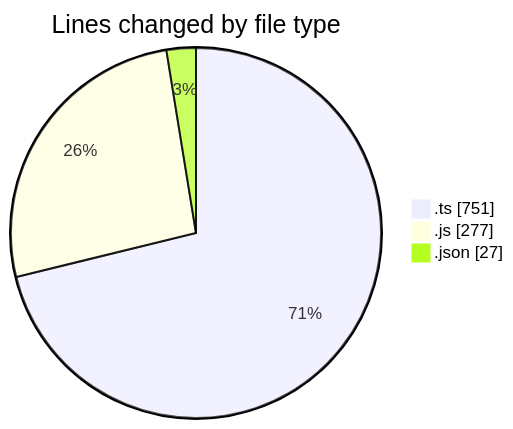
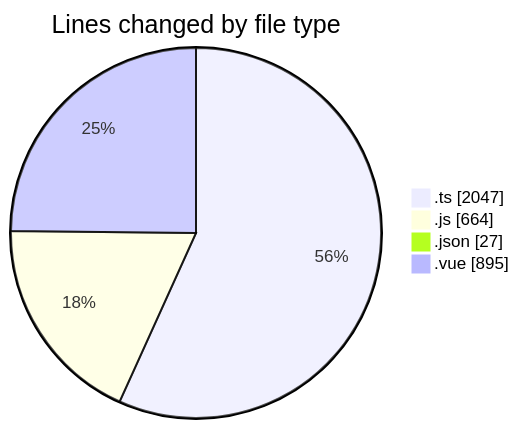
One commit to lephambinh05/code-tracking changed the first of 2 diagrams in 2025-08-15/rentotp/README.md. Above: the diagram before and after it, drawn with Mermaid. The commit also changed other lines of this file and 1 other file, not shown here.

````diff
--- a/2025-08-15/rentotp/README.md
+++ b/2025-08-15/rentotp/README.md
@@ -26,7 +31,8 @@
 ```mermaid
 pie showData
 title Lines changed by file type
-".ts" : 751
-".js" : 277
+".ts" : 2047
+".js" : 664
 ".json" : 27
+".vue" : 895
 ```
````
